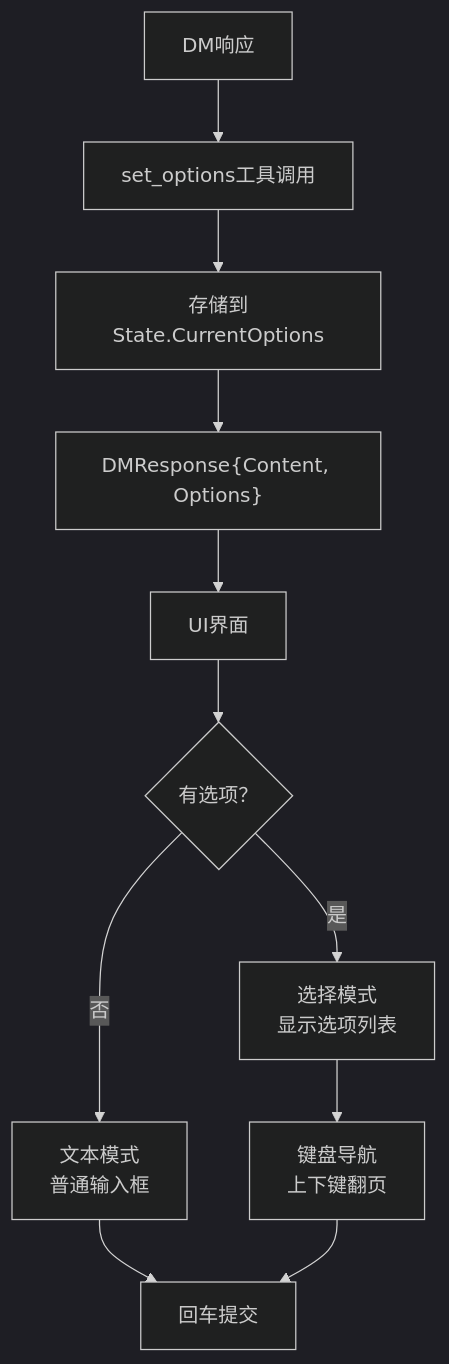
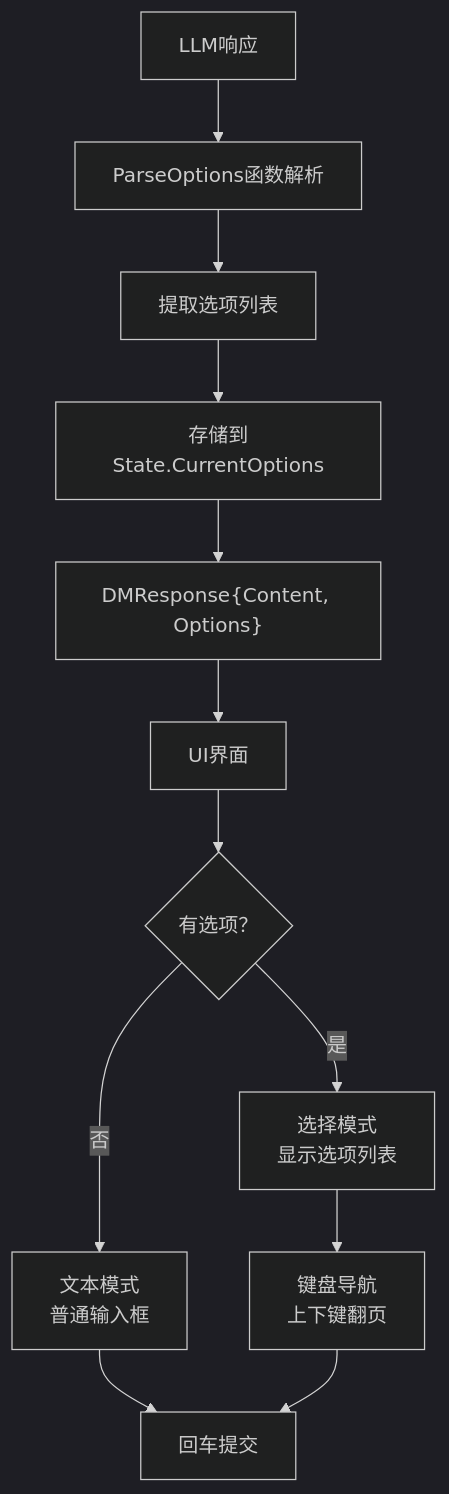
Before and after one commit to zwh8800/cdnd: the eighth of 9 diagrams in .qoder/repowiki/zh/content/LLM集成系统/提示词系统.md, drawn with Mermaid (dark theme). The commit also changed other lines of this file and 6 other files, not shown here.

````diff
--- a/.qoder/repowiki/zh/content/LLM集成系统/提示词系统.md
+++ b/.qoder/repowiki/zh/content/LLM集成系统/提示词系统.md
@@ -364,13 +390,14 @@
 ```mermaid
 flowchart TD
-DM["DM响应"] --> OPTS["set_options工具调用"]
-OPTS --> STORE["存储到State.CurrentOptions"]
+DM["LLM响应"] --> PARSE["ParseOptions函数解析"]
+PARSE --> EXTRACT["提取选项列表"]
+EXTRACT --> STORE["存储到State.CurrentOptions"]
 STORE --> MSG["DMResponse{Content, Options}"]
 MSG --> UI["UI界面"]
 UI --> MODE{"有选项？"}
 MODE --> |是| SELECT["选择模式<br/>显示选项列表"]
 MODE --> |否| TEXT["文本模式<br/>普通输入框"]
 SELECT --> NAV["键盘导航<br/>上下键翻页"]
 TEXT --> ENTER["回车提交"]
 NAV --> ENTER
 ```
````
